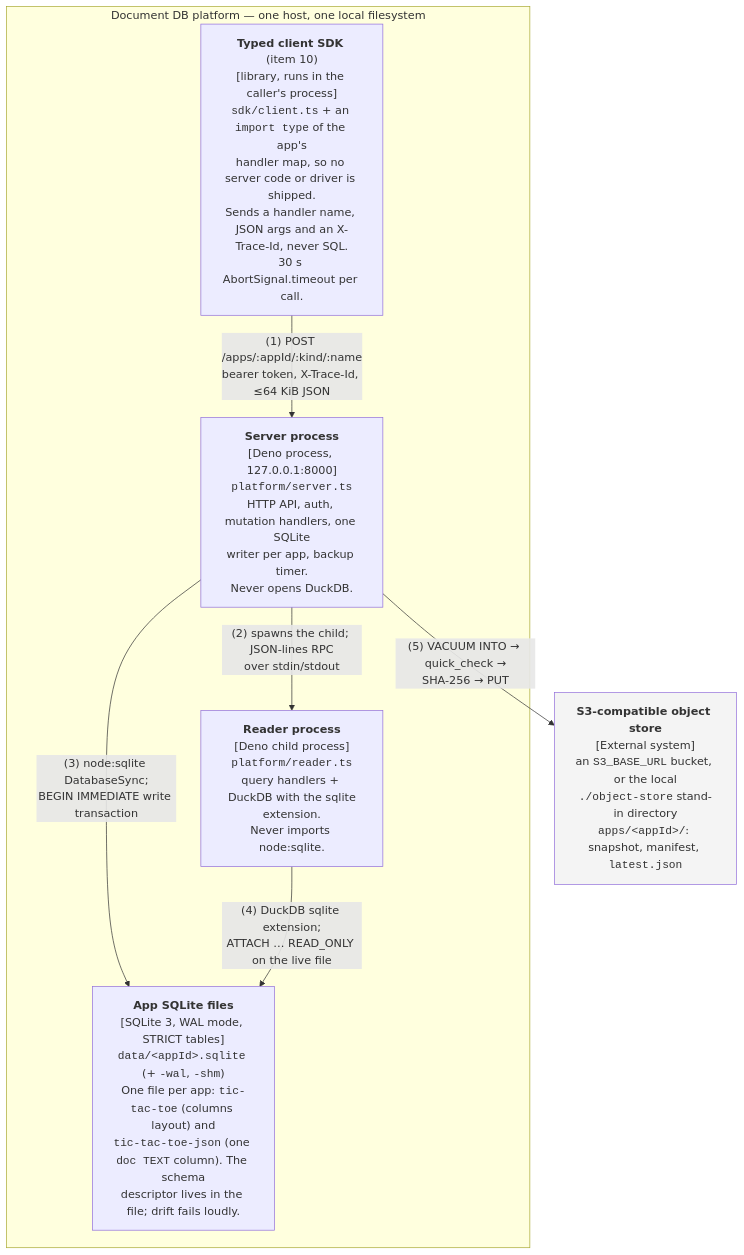
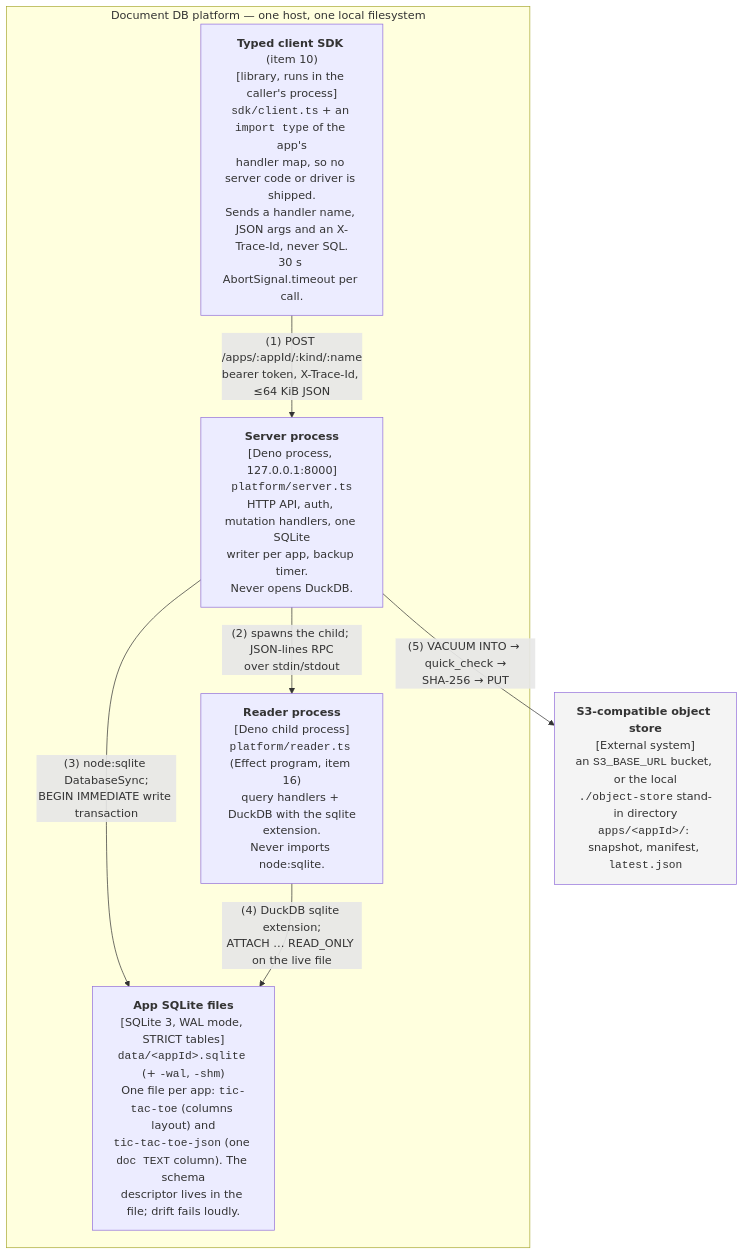
Before and after one commit to nickstrad/ts-db: the diagram in docs/architecture/c4-container-platform.github.md, drawn with Mermaid. The commit also changed other lines of this file and 9 other files, not shown here.

````diff
--- a/docs/architecture/c4-container-platform.github.md
+++ b/docs/architecture/c4-container-platform.github.md
@@ -20,21 +22,21 @@
 ```mermaid
 flowchart TB
     subgraph host["Document DB platform — one host, one local filesystem"]
         sdk["<b>Typed client SDK</b> (item 10)<br/>[library, runs in the caller's process]<br/><code>sdk/client.ts</code> + an <code>import type</code> of the app's<br/>handler map, so no server code or driver is shipped.<br/>Sends a handler name, JSON args and an X-Trace-Id, never SQL.<br/>30 s AbortSignal.timeout per call."]
         server["<b>Server process</b><br/>[Deno process, 127.0.0.1:8000]<br/><code>platform/server.ts</code><br/>HTTP API, auth, mutation handlers, one SQLite<br/>writer per app, backup timer.<br/>Never opens DuckDB."]
-        reader["<b>Reader process</b><br/>[Deno child process]<br/><code>platform/reader.ts</code><br/>query handlers + DuckDB with the sqlite<br/>extension.<br/>Never imports node:sqlite."]
+        reader["<b>Reader process</b><br/>[Deno child process]<br/><code>platform/reader.ts</code> (Effect program, item 16)<br/>query handlers + DuckDB with the sqlite<br/>extension.<br/>Never imports node:sqlite."]
         files["<b>App SQLite files</b><br/>[SQLite 3, WAL mode, STRICT tables]<br/><code>data/&lt;appId&gt;.sqlite</code> (+ <code>-wal</code>, <code>-shm</code>)<br/>One file per app: <code>tic-tac-toe</code> (columns layout) and<br/><code>tic-tac-toe-json</code> (one <code>doc TEXT</code> column). The schema<br/>descriptor lives in the file; drift fails loudly."]
     end
 
     store["<b>S3-compatible object store</b><br/>[External system]<br/>an <code>S3_BASE_URL</code> bucket, or the local<br/><code>./object-store</code> stand-in directory<br/><code>apps/&lt;appId&gt;/</code>: snapshot, manifest, <code>latest.json</code>"]
 
     sdk -->|"(1) POST /apps/:appId/:kind/:name<br/>bearer token, X-Trace-Id, ≤64 KiB JSON"| server
     server -->|"(2) spawns the child; JSON-lines RPC<br/>over stdin/stdout"| reader
     server -->|"(3) node:sqlite DatabaseSync;<br/>BEGIN IMMEDIATE write transaction"| files
     reader -->|"(4) DuckDB sqlite extension;<br/>ATTACH … READ_ONLY on the live file"| files
     server -->|"(5) VACUUM INTO → quick_check →<br/>SHA-256 → PUT"| store
 
     classDef planned stroke-dasharray: 5 3
     classDef external fill:#f4f4f4
     class store external
 ```
````
